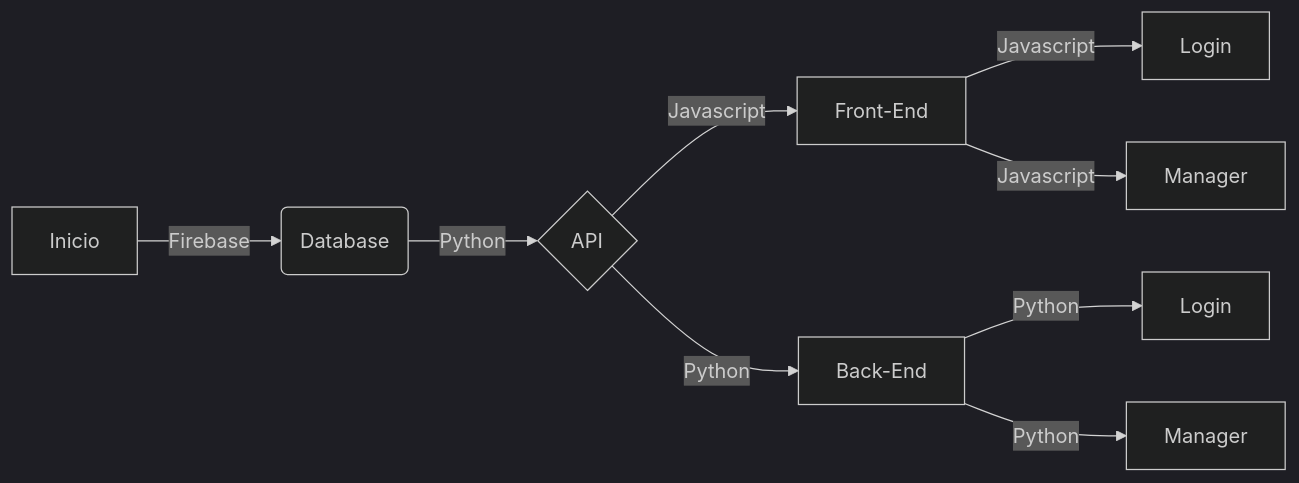
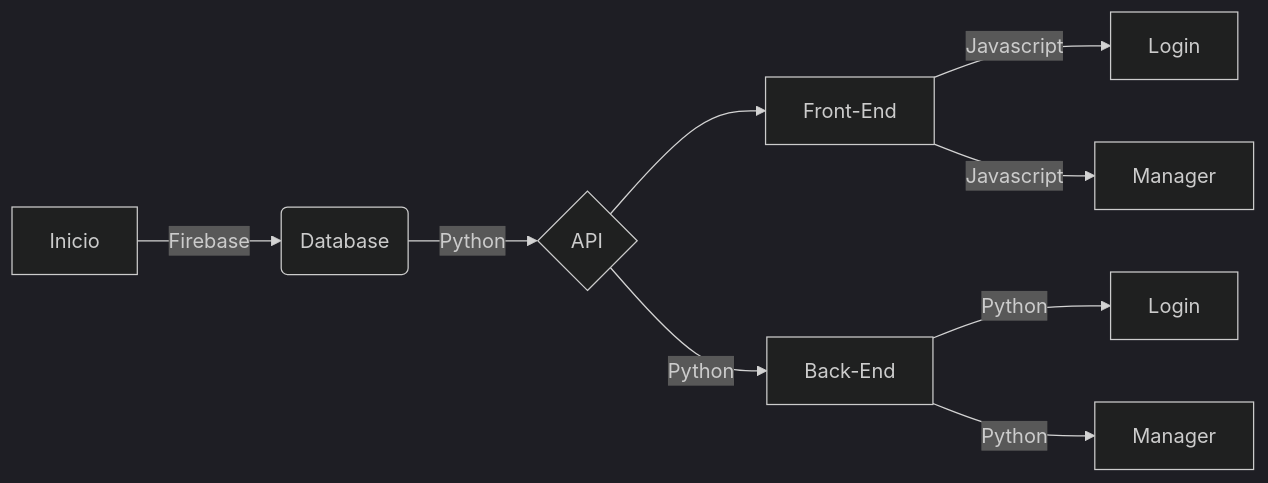
Before and after one commit to SauloCandeira/pattern-firebase: the diagram in readme.md, drawn with Mermaid (dark theme).

````diff
--- a/readme.md
+++ b/readme.md
@@ -13,11 +13,11 @@
 ```mermaid
 flowchart LR
 A[Inicio] -->|Firebase| B(Database)
 B --> |Python| C{API}
-C -->|Javascript| D[Front-End]
+C --> D[Front-End]
 C -->|Python| E[Back-End]
 E --> |Python| F[Login]
 D -->|Javascript| G[Login]
 D -->|Javascript| H[Manager]
 E --> |Python| I[Manager]
 ```
````
